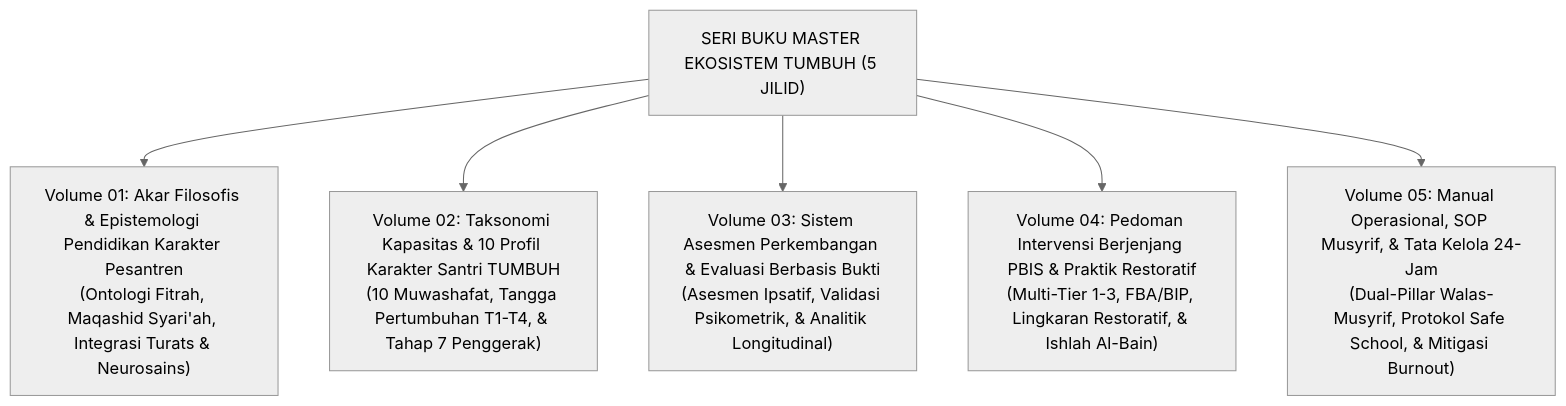
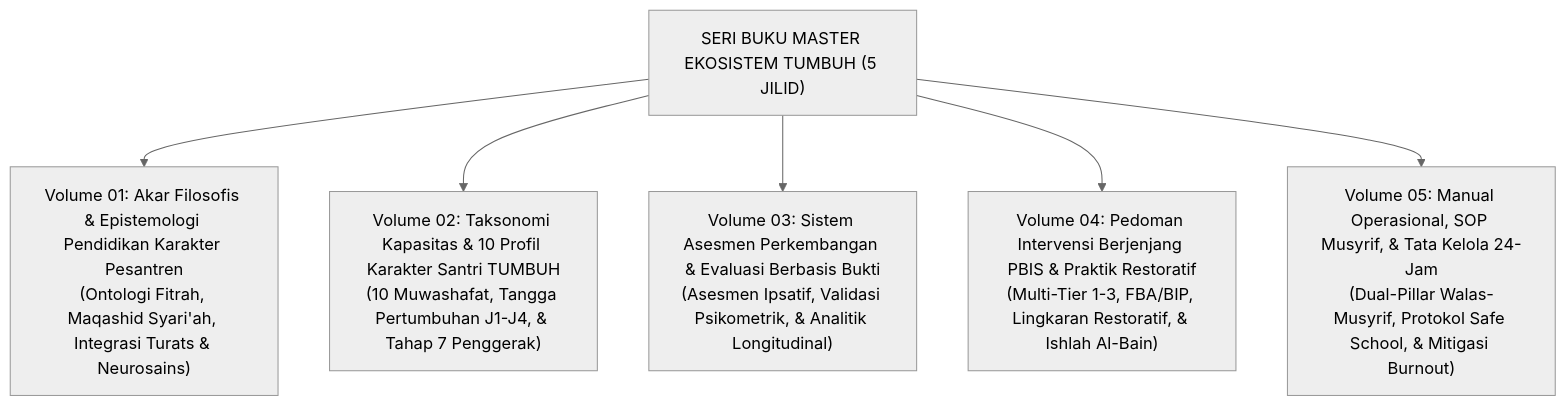
The diagram in BOOK-SERIES/README.md (wandiapriliyandi/tumbuh), drawn with Mermaid (neutral theme) before and after one commit. The commit also changed other lines of this file and 209 other files, not shown here.

````diff
--- a/BOOK-SERIES/README.md
+++ b/BOOK-SERIES/README.md
@@ -21,9 +21,9 @@
 ```mermaid
 graph TD
     BookSeries["SERI BUKU MASTER EKOSISTEM TUMBUH (5 JILID)"]
     BookSeries --> Vol1["Volume 01: Akar Filosofis & Epistemologi Pendidikan Karakter Pesantren<br/>(Ontologi Fitrah, Maqashid Syari'ah, Integrasi Turats & Neurosains)"]
-    BookSeries --> Vol2["Volume 02: Taksonomi Kapasitas & 10 Profil Karakter Santri TUMBUH<br/>(10 Muwashafat, Tangga Pertumbuhan T1-T4, & Tahap 7 Penggerak)"]
+    BookSeries --> Vol2["Volume 02: Taksonomi Kapasitas & 10 Profil Karakter Santri TUMBUH<br/>(10 Muwashafat, Tangga Pertumbuhan J1-J4, & Tahap 7 Penggerak)"]
     BookSeries --> Vol3["Volume 03: Sistem Asesmen Perkembangan & Evaluasi Berbasis Bukti<br/>(Asesmen Ipsatif, Validasi Psikometrik, & Analitik Longitudinal)"]
     BookSeries --> Vol4["Volume 04: Pedoman Intervensi Berjenjang PBIS & Praktik Restoratif<br/>(Multi-Tier 1-3, FBA/BIP, Lingkaran Restoratif, & Ishlah Al-Bain)"]
     BookSeries --> Vol5["Volume 05: Manual Operasional, SOP Musyrif, & Tata Kelola 24-Jam<br/>(Dual-Pillar Walas-Musyrif, Protokol Safe School, & Mitigasi Burnout)"]
 ```
````
